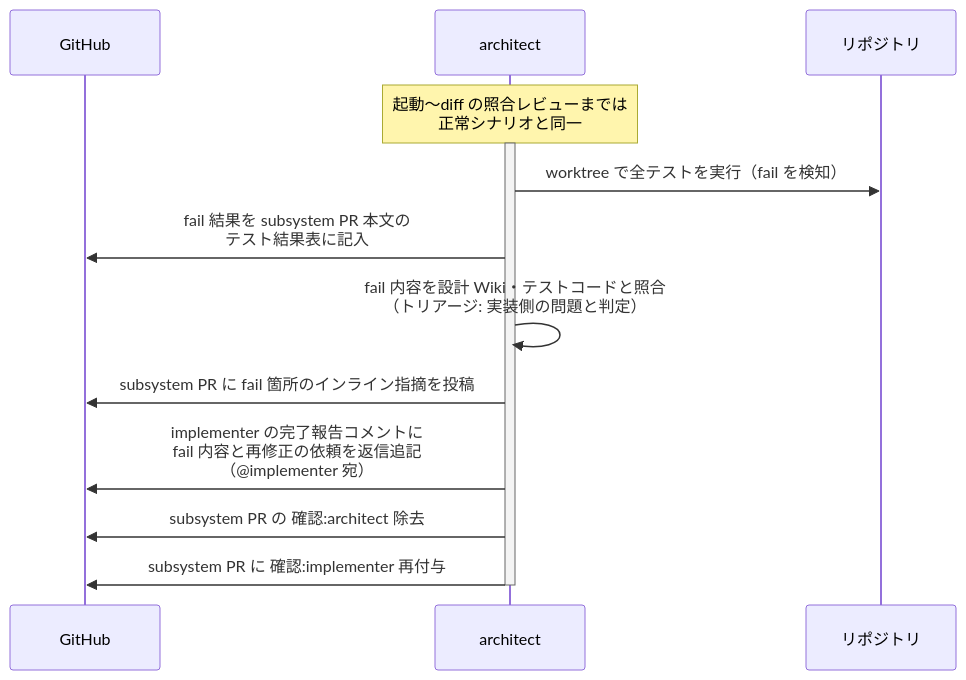
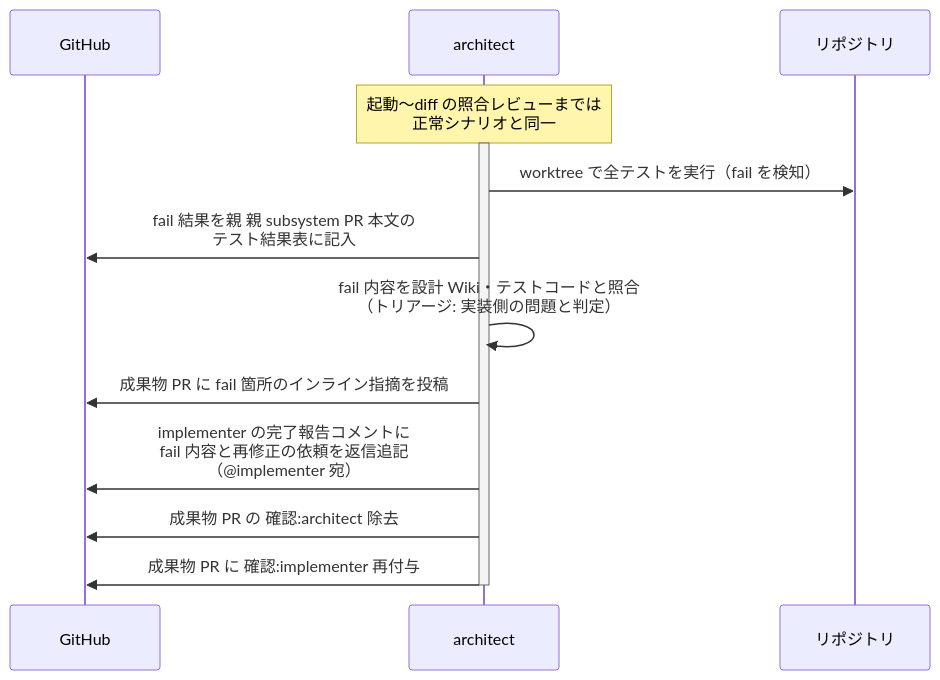
Before and after one commit to shuhei1101/ai-monitor: the second of 5 diagrams in docs/wiki/設計図/シナリオ/単一ユースケース/実装レビュー.md, drawn with Mermaid. The commit also changed other lines of this file and 256 other files, not shown here.

````diff
--- a/docs/wiki/設計図/シナリオ/単一ユースケース/実装レビュー.md
+++ b/docs/wiki/設計図/シナリオ/単一ユースケース/実装レビュー.md
@@ -77,17 +78,17 @@
 ```mermaid
 sequenceDiagram
   participant GH as GitHub
   participant MON as architect
   participant REPO as リポジトリ
 
   Note over MON: 起動〜diff の照合レビューまでは<br>正常シナリオと同一
   activate MON
   MON->>REPO: worktree で全テストを実行（fail を検知）
-  MON->>GH: fail 結果を subsystem PR 本文の<br>テスト結果表に記入
+  MON->>GH: fail 結果を親 親 subsystem PR 本文の<br>テスト結果表に記入
   MON->>MON: fail 内容を設計 Wiki・テストコードと照合<br>（トリアージ: 実装側の問題と判定）
-  MON->>GH: subsystem PR に fail 箇所のインライン指摘を投稿
+  MON->>GH: 成果物 PR に fail 箇所のインライン指摘を投稿
   MON->>GH: implementer の完了報告コメントに<br>fail 内容と再修正の依頼を返信追記<br>（@implementer 宛）
-  MON->>GH: subsystem PR の 確認:architect 除去
-  MON->>GH: subsystem PR に 確認:implementer 再付与
+  MON->>GH: 成果物 PR の 確認:architect 除去
+  MON->>GH: 成果物 PR に 確認:implementer 再付与
   deactivate MON
 ```
````
